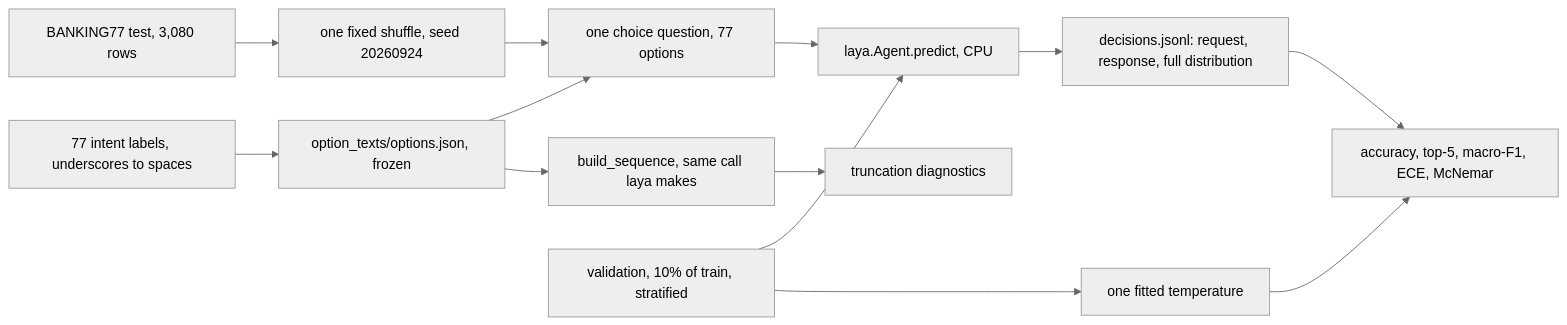
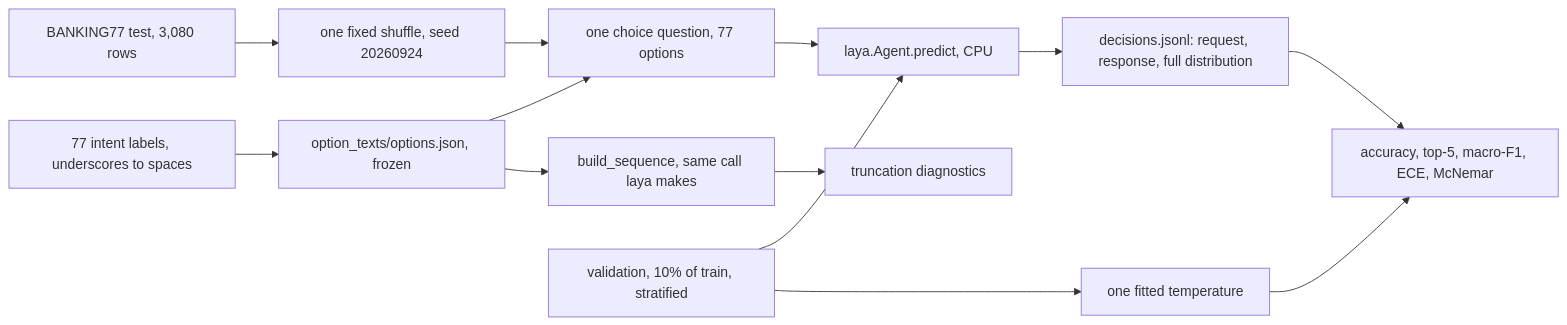
Before and after one commit to nadeem4/ai-experiments: the diagram in banking77/README.md, drawn with Mermaid. The commit also changed 2 other files, not shown here.

Commit message:
rerank: explain the method, and make the diagram visible
The diagram forced a white background and black text, so it disappeared
on a dark GitHub theme. No diagram in the repo forces a theme now; GitHub
renders them in whichever mode the reader uses. Black and white means not
adding colour, not painting it white.

The section described the pipeline without explaining the experiment. It
now opens with the constraint everything else follows from -- BM25
retrieves, the re-ranker only re-orders what BM25 found, it cannot go and
get a document BM25 missed -- then walks one real query end to end, then
says why it is built that way: the identical candidate list makes the
comparison paired per query, and BM25 is the floor rather than a rival
because its own order is what doing nothing gets you.

It also now states the limit that design creates where a reader meets it,
rather than only in Assumptions: on 91 of the 323 queries none of BM25's
20 candidates is judged relevant, so no re-ranker can score above zero on
them and they dilute every mean.

````diff
--- a/banking77/README.md
+++ b/banking77/README.md
@@ -45,16 +45,15 @@
 ```mermaid
-%%{init: {'theme': 'neutral'}}%%
 flowchart LR
     D[BANKING77 test, 3,080 rows] --> S[one fixed shuffle, seed 20260924]
     O[77 intent labels, underscores to spaces] --> F[option_texts/options.json, frozen]
     F --> Q[one choice question, 77 options]
     S --> Q
     Q --> A[laya.Agent.predict, CPU]
     A --> J[decisions.jsonl: request, response, full distribution]
     F --> T[build_sequence, same call laya makes]
     T --> X[truncation diagnostics]
     J --> R[accuracy, top-5, macro-F1, ECE, McNemar]
     V[validation, 10% of train, stratified] --> A
     V --> TS[one fitted temperature]
     TS --> R
 ```
````
